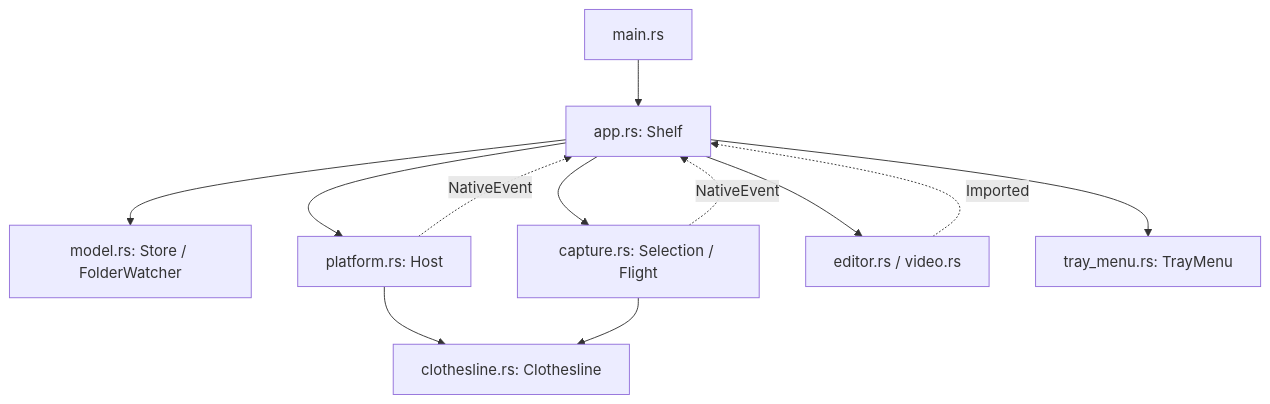
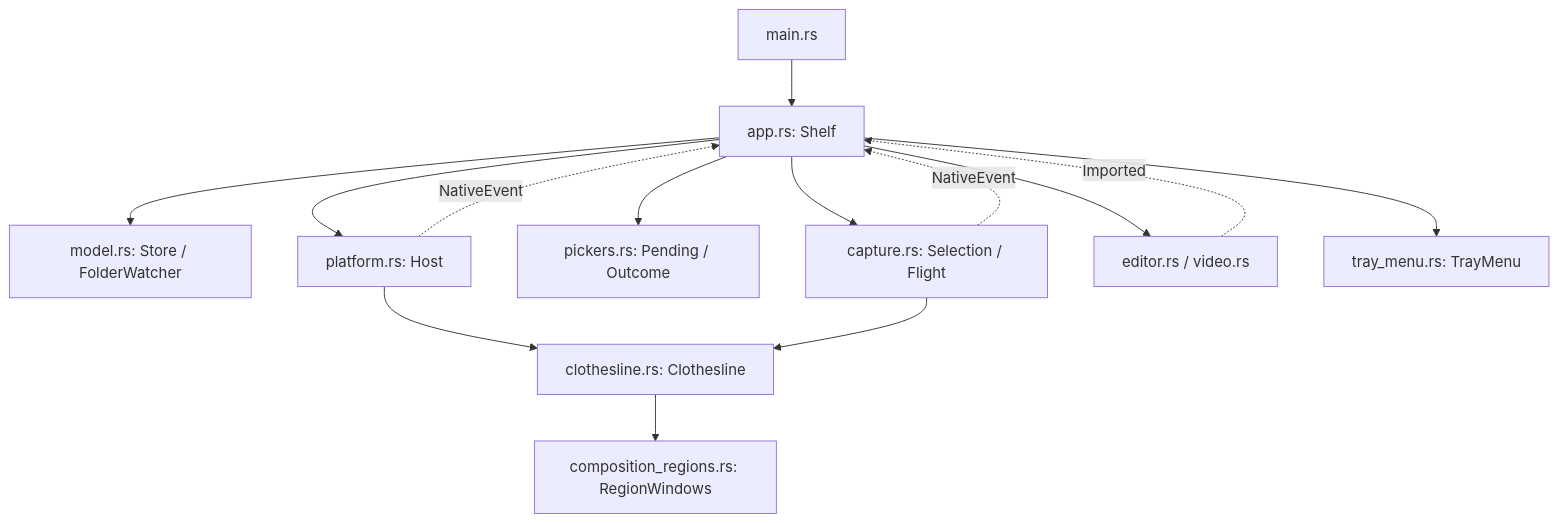
Before and after one commit to millfi/tendedero: the first of 2 diagrams in Architecture.md, drawn with Mermaid. The commit also changed other lines of this file and 4 other files, not shown here.

````diff
--- a/Architecture.md
+++ b/Architecture.md
@@ -54,14 +60,16 @@
 ```mermaid
 flowchart TD
     Main[main.rs] --> Shelf[app.rs: Shelf]
     Shelf --> Store[model.rs: Store / FolderWatcher]
     Shelf --> Host[platform.rs: Host]
     Host --> Line[clothesline.rs: Clothesline]
+    Line --> Regions[composition_regions.rs: RegionWindows]
+    Shelf --> Pickers[pickers.rs: Pending / Outcome]
     Shelf --> Capture[capture.rs: Selection / Flight]
     Capture --> Line
     Shelf --> Editor[editor.rs / video.rs]
     Shelf --> Tray[tray_menu.rs: TrayMenu]
     Host -. NativeEvent .-> Shelf
     Capture -. NativeEvent .-> Shelf
     Editor -. Imported .-> Shelf
 ```
````
